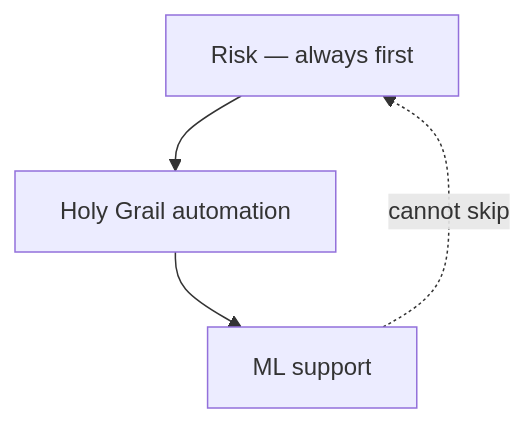
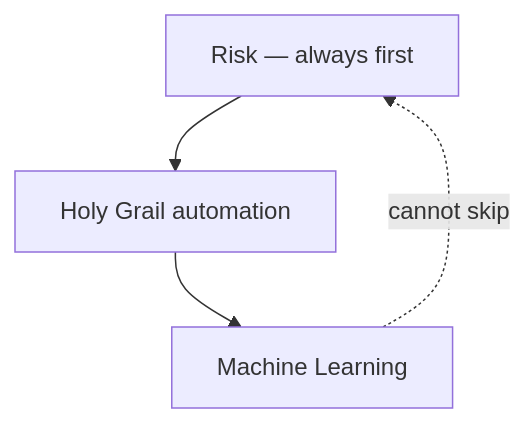
The first of 2 diagrams in README.md (idekire-oss/holy-grail-automated-trading-docs), drawn with Mermaid before and after one commit. The commit also changed other lines of this file and 4 other files, not shown here.

````diff
--- a/README.md
+++ b/README.md
@@ -25,9 +47,9 @@
 ```mermaid
 flowchart TB
   RM[Risk — always first]
   HG[Holy Grail automation]
-  ML[ML support]
+  ML[Machine Learning]
   RM --> HG
   HG --> ML
   ML -.->|cannot skip| RM
 ```
````
